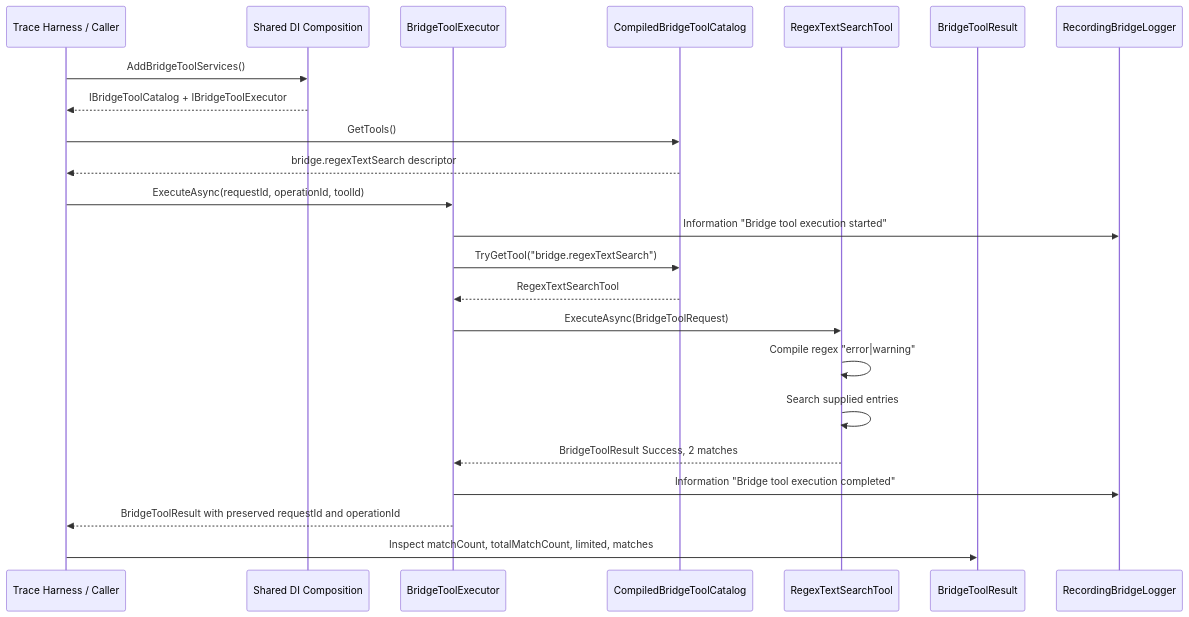
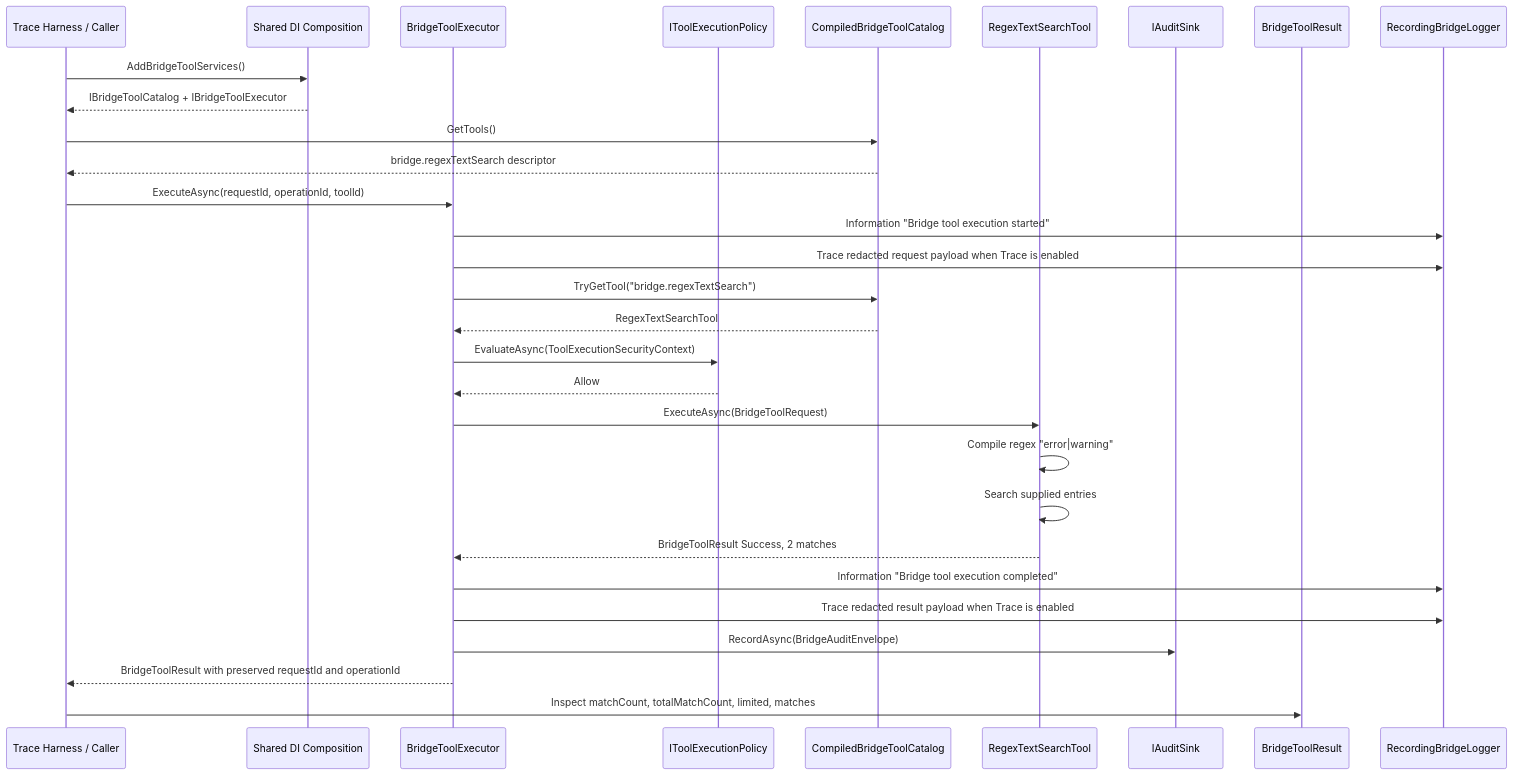
One commit to BillKrat/vs-mcp-bridge changed the diagram in docs/tool-execution-trace-workflow.md. Above: the diagram before and after it, drawn with Mermaid. The commit also changed other lines of this file and 21 other files, not shown here.

Commit message:
Add foundational bridge tool security seams

````diff
--- a/docs/tool-execution-trace-workflow.md
+++ b/docs/tool-execution-trace-workflow.md
@@ -163,26 +172,33 @@
 ```mermaid
 sequenceDiagram
     participant Caller as Trace Harness / Caller
     participant DI as Shared DI Composition
     participant Executor as BridgeToolExecutor
+    participant Policy as IToolExecutionPolicy
     participant Catalog as CompiledBridgeToolCatalog
     participant Tool as RegexTextSearchTool
+    participant Audit as IAuditSink
     participant Result as BridgeToolResult
     participant Log as RecordingBridgeLogger
 
     Caller->>DI: AddBridgeToolServices()
     DI-->>Caller: IBridgeToolCatalog + IBridgeToolExecutor
     Caller->>Catalog: GetTools()
     Catalog-->>Caller: bridge.regexTextSearch descriptor
     Caller->>Executor: ExecuteAsync(requestId, operationId, toolId)
     Executor->>Log: Information "Bridge tool execution started"
+    Executor->>Log: Trace redacted request payload when Trace is enabled
     Executor->>Catalog: TryGetTool("bridge.regexTextSearch")
     Catalog-->>Executor: RegexTextSearchTool
+    Executor->>Policy: EvaluateAsync(ToolExecutionSecurityContext)
+    Policy-->>Executor: Allow
     Executor->>Tool: ExecuteAsync(BridgeToolRequest)
     Tool->>Tool: Compile regex "error|warning"
     Tool->>Tool: Search supplied entries
     Tool-->>Executor: BridgeToolResult Success, 2 matches
     Executor->>Log: Information "Bridge tool execution completed"
+    Executor->>Log: Trace redacted result payload when Trace is enabled
+    Executor->>Audit: RecordAsync(BridgeAuditEnvelope)
     Executor-->>Caller: BridgeToolResult with preserved requestId and operationId
     Caller->>Result: Inspect matchCount, totalMatchCount, limited, matches
 ```
````
